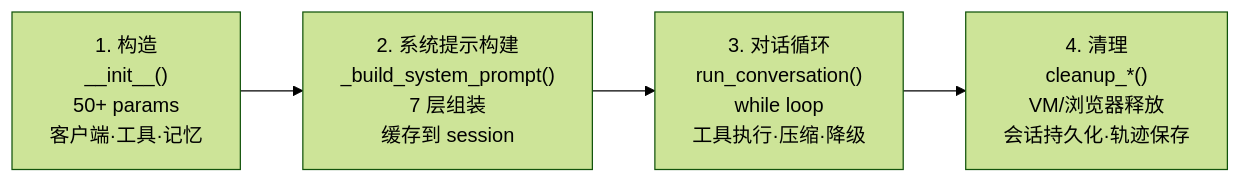
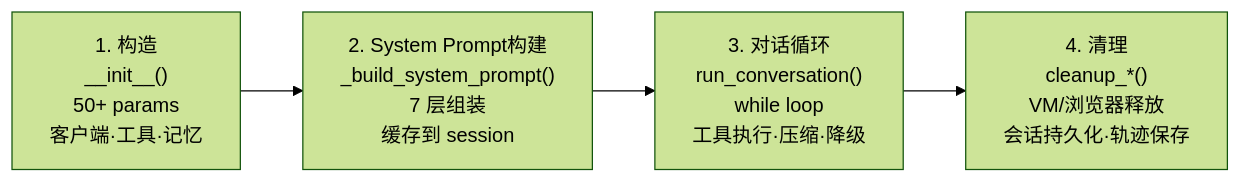
Before and after one commit to cuiliang-ai/books: the second of 2 diagrams in hermes-agent-deep-dive/src/part-2/ch04-aiagent-class.md, drawn with Mermaid (forest theme). The commit also changed other lines of this file and 16 other files, not shown here.

First line of the commit message:
全书统一：「系统提示」→「System Prompt」

````diff
--- a/hermes-agent-deep-dive/src/part-2/ch04-aiagent-class.md
+++ b/hermes-agent-deep-dive/src/part-2/ch04-aiagent-class.md
@@ -82,6 +82,6 @@
 ```mermaid
 flowchart LR
-    A["1. 构造\n__init__()\n50+ params\n客户端·工具·记忆"] --> B["2. 系统提示构建\n_build_system_prompt()\n7 层组装\n缓存到 session"]
+    A["1. 构造\n__init__()\n50+ params\n客户端·工具·记忆"] --> B["2. System Prompt构建\n_build_system_prompt()\n7 层组装\n缓存到 session"]
     B --> C["3. 对话循环\nrun_conversation()\nwhile loop\n工具执行·压缩·降级"]
     C --> D["4. 清理\ncleanup_*()\nVM/浏览器释放\n会话持久化·轨迹保存"]
 ```
````
